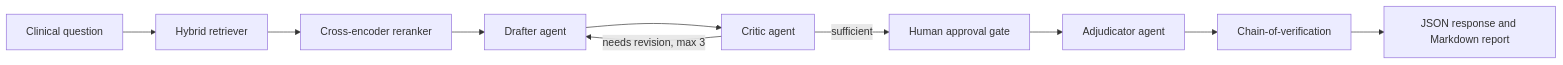
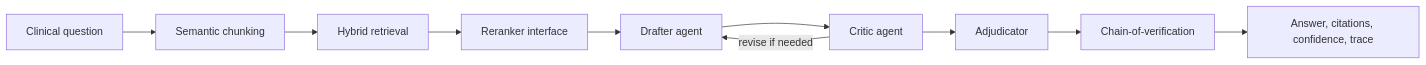
Before and after one commit to Ramakrishna9-R09/clinical-research-synthesizer: the diagram in README.md, drawn with Mermaid. The commit also changed other lines of this file and 8 other files, not shown here.

````diff
--- a/README.md
+++ b/README.md
@@ -5,12 +25,12 @@
 ```mermaid
 flowchart LR
-  A[Clinical question] --> B[Hybrid retriever]
-  B --> C[Cross-encoder reranker]
-  C --> D[Drafter agent]
-  D --> E[Critic agent]
-  E -->|needs revision, max 3| D
-  E -->|sufficient| F[Human approval gate]
-  F --> G[Adjudicator agent]
+  A[Clinical question] --> B[Semantic chunking]
+  B --> C[Hybrid retrieval]
+  C --> D[Reranker interface]
+  D --> E[Drafter agent]
+  E --> F[Critic agent]
+  F -->|revise if needed| E
+  F --> G[Adjudicator]
   G --> H[Chain-of-verification]
-  H --> I[JSON response and Markdown report]
+  H --> I[Answer, citations, confidence, trace]
 ```
````
